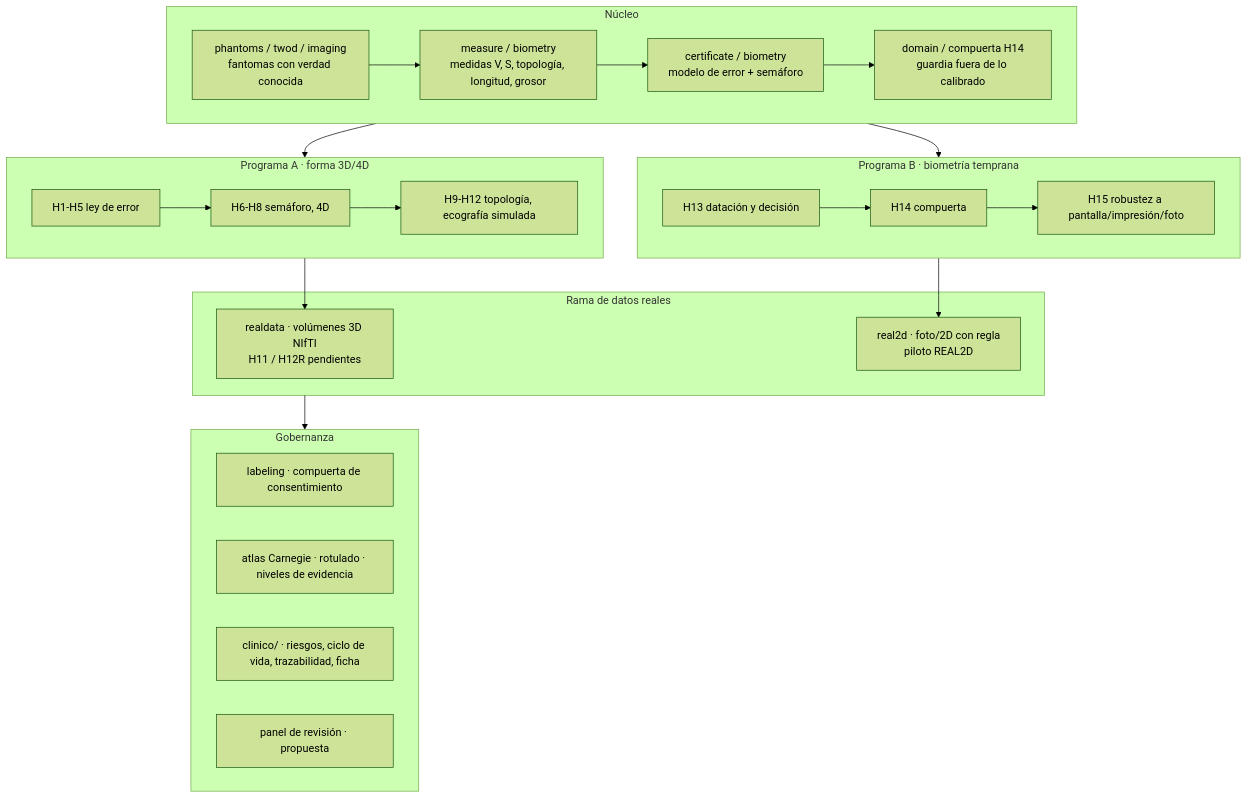
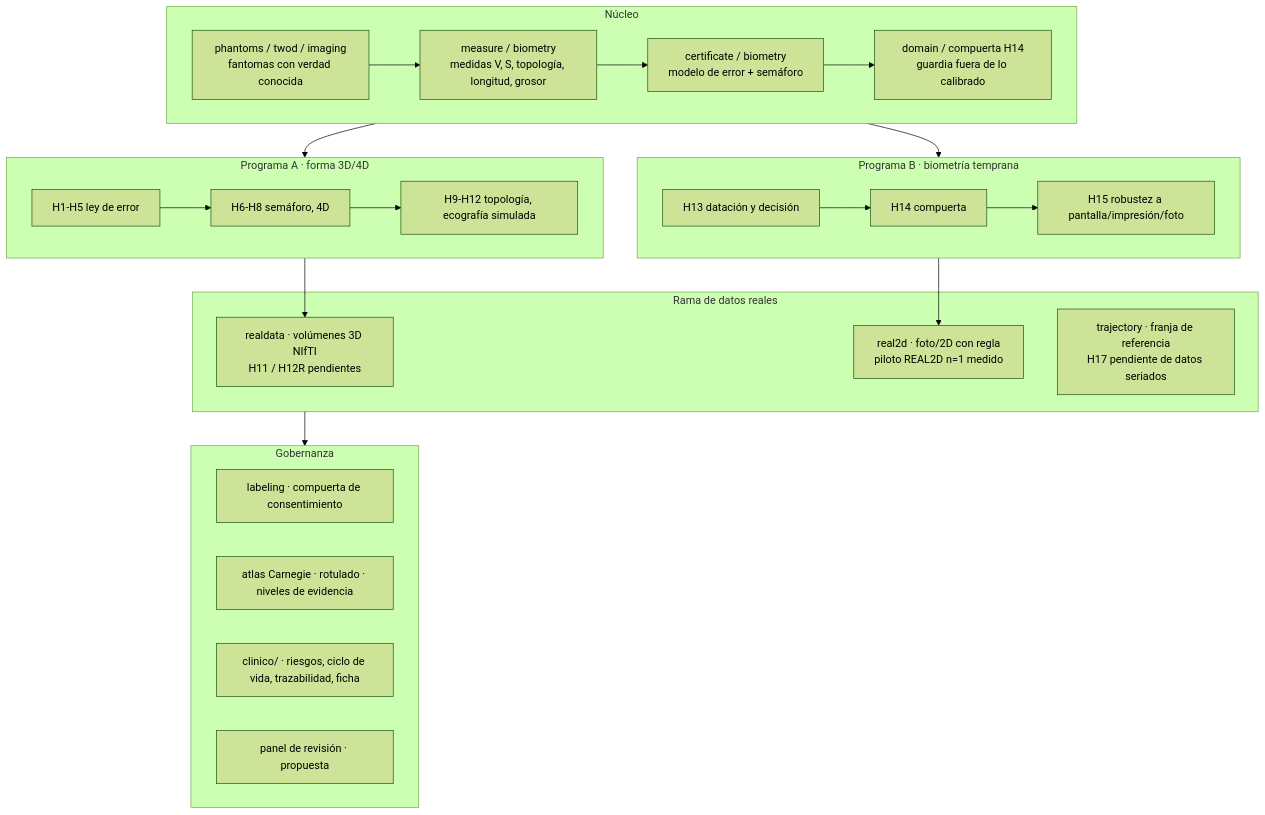
One commit to fabiantrelles593-arch/Estudio-Embrionario changed the diagram in docs/ARQUITECTURA.md. Above: the diagram before and after it, drawn with Mermaid (forest theme). The commit also changed other lines of this file and 12 other files, not shown here.

First line of the commit message:
v0.8: primer piloto con ecografía 2D real (n=1, sin validar) y rama de trayectoria de referencia

````diff
--- a/docs/ARQUITECTURA.md
+++ b/docs/ARQUITECTURA.md
@@ -6,29 +6,30 @@
 ```mermaid
 flowchart TB
   subgraph N[Núcleo]
     P[phantoms / twod / imaging<br/>fantomas con verdad conocida] --> M[measure / biometry<br/>medidas V, S, topología, longitud, grosor]
     M --> C[certificate / biometry<br/>modelo de error + semáforo]
     C --> G[domain / compuerta H14<br/>guardia fuera de lo calibrado]
   end
   subgraph A[Programa A · forma 3D/4D]
     A1[H1-H5 ley de error] --> A2[H6-H8 semáforo, 4D] --> A3[H9-H12 topología, ecografía simulada]
   end
   subgraph B[Programa B · biometría temprana]
     B1[H13 datación y decisión] --> B2[H14 compuerta] --> B3[H15 robustez a pantalla/impresión/foto]
   end
   subgraph R[Rama de datos reales]
     R1[realdata · volúmenes 3D NIfTI<br/>H11 / H12R pendientes] 
-    R2[real2d · foto/2D con regla<br/>piloto REAL2D]
+    R2[real2d · foto/2D con regla<br/>piloto REAL2D n=1 medido]
+    R3[trajectory · franja de referencia<br/>H17 pendiente de datos seriados]
   end
   subgraph Y[Gobernanza]
     Y1[labeling · compuerta de consentimiento] 
     Y2[atlas Carnegie · rotulado · niveles de evidencia]
     Y3[clinico/ · riesgos, ciclo de vida, trazabilidad, ficha]
     Y4[panel de revisión · propuesta]
   end
   N --> A
   N --> B
   A --> R1
   B --> R2
   R --> Y
 ```
````
